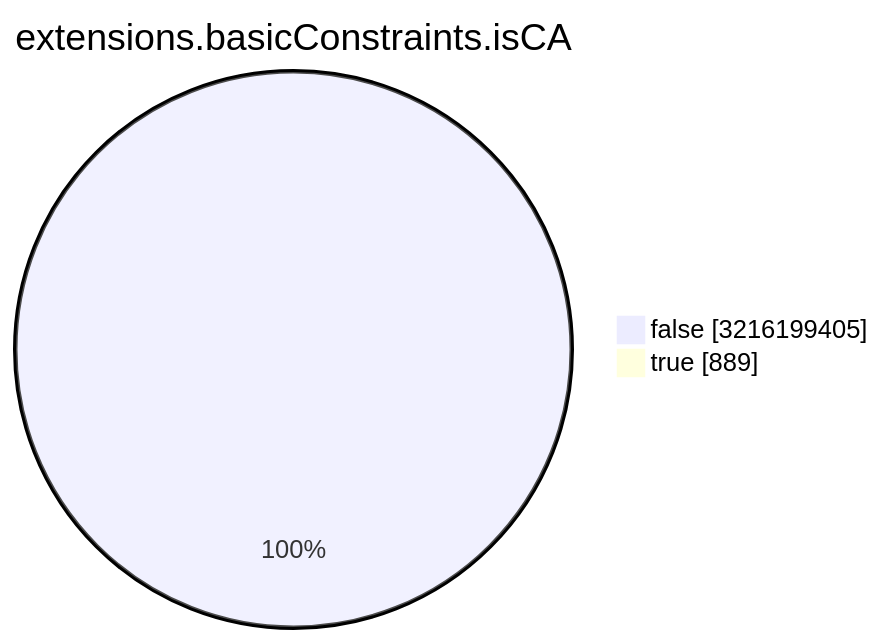
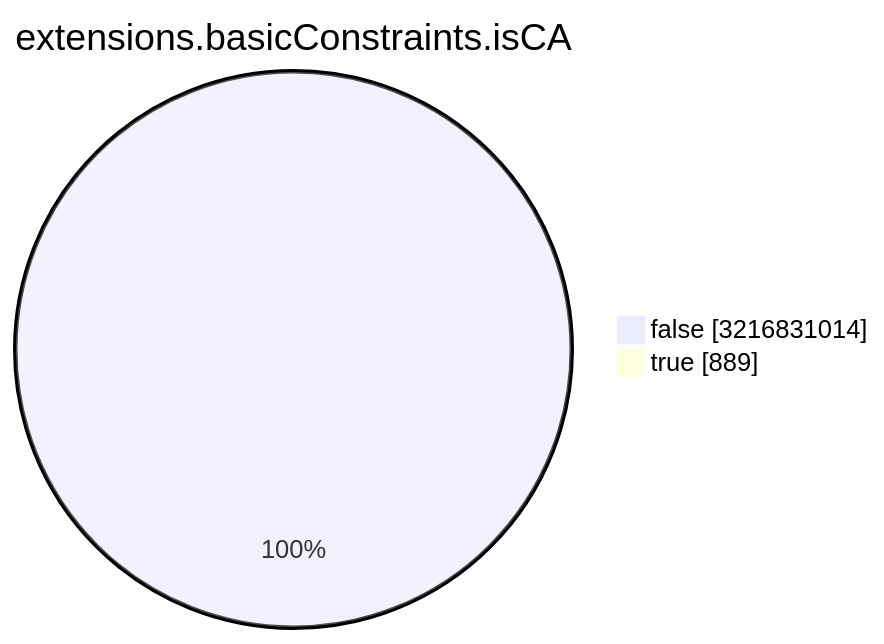
One commit to christiankrug/ctmonitor_visualization changed the seventh of 15 diagrams in TOTAL/README.md. Above: the diagram before and after it, drawn with Mermaid. The commit also changed other lines of this file, not shown here.

````diff
--- a/TOTAL/README.md
+++ b/TOTAL/README.md
@@ -3088,6 +3088,6 @@
 ```mermaid
 pie showData
 title extensions.basicConstraints.isCA
-"false" :3216199405
+"false" :3216831014
 "true" :889
 ```
````
